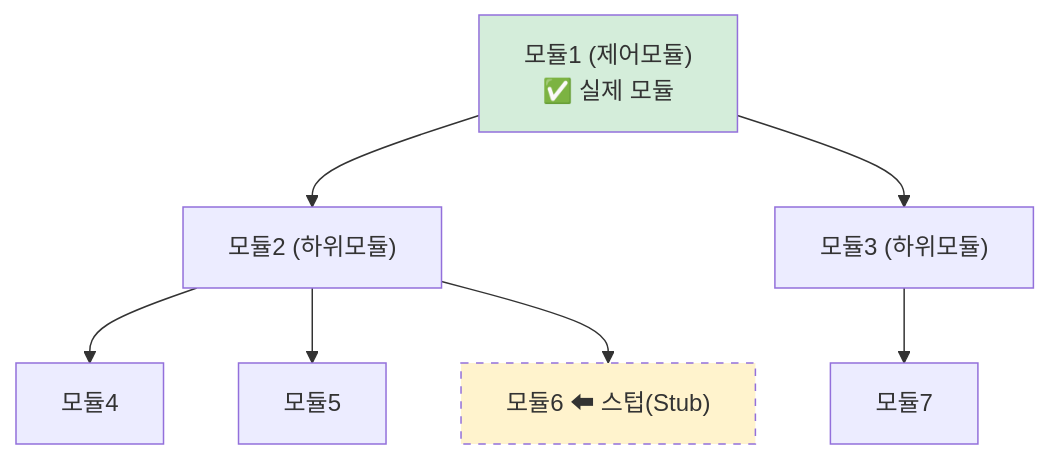
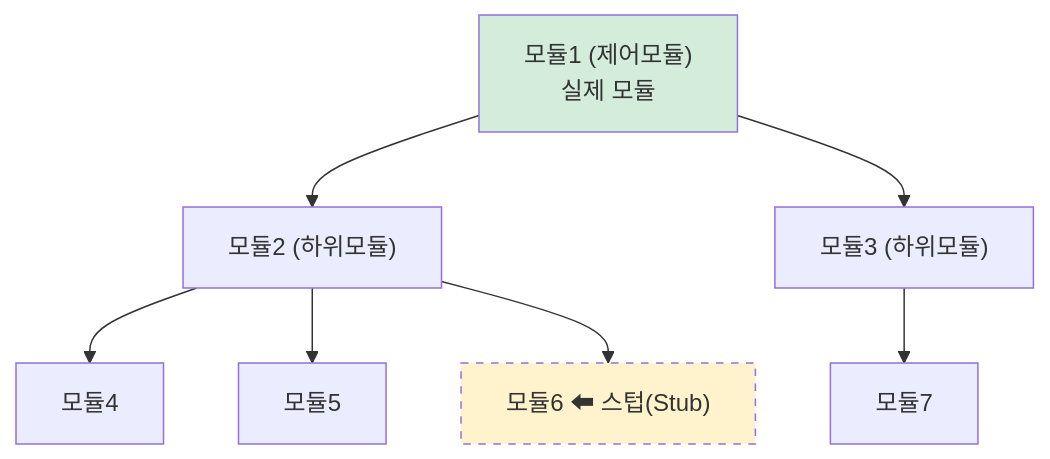
Before and after one commit to sungjin-dev/sungjin-dev.github.io: the fifth of 7 diagrams in _posts/2026-07-19-eip-test-case-study-3.md, drawn with Mermaid. The commit also changed other lines of this file, not shown here.

````diff
--- a/_posts/2026-07-19-eip-test-case-study-3.md
+++ b/_posts/2026-07-19-eip-test-case-study-3.md
@@ -996,11 +997,11 @@
 ```mermaid
 flowchart TD
-    M1["모듈1 (제어모듈)<br/>✅ 실제 모듈"] --> M2["모듈2 (하위모듈)"]
+    M1["모듈1 (제어모듈)<br/> 실제 모듈"] --> M2["모듈2 (하위모듈)"]
     M1 --> M3["모듈3 (하위모듈)"]
     M2 --> M4["모듈4"]
     M2 --> M5["모듈5"]
     M2 --> M6["모듈6 ⬅ 스텁(Stub)"]
     M3 --> M7["모듈7"]
     style M1 fill:#d4edda
     style M6 fill:#fff3cd,stroke-dasharray: 5 5
 ```
````
